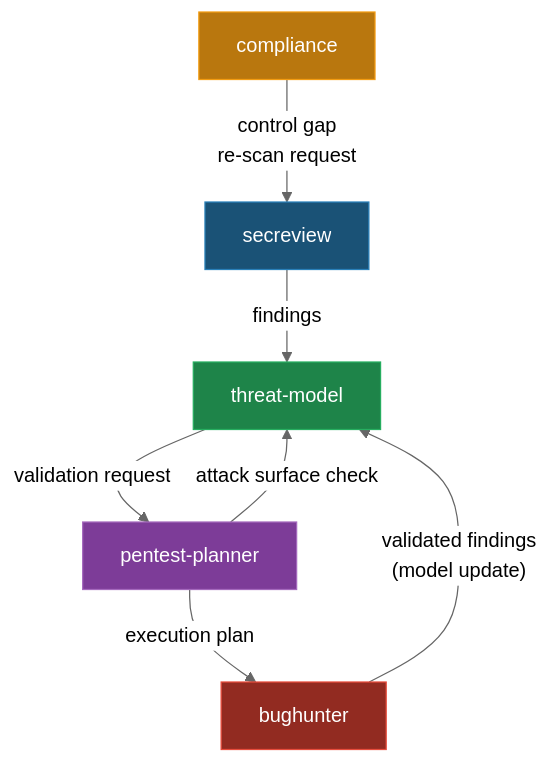
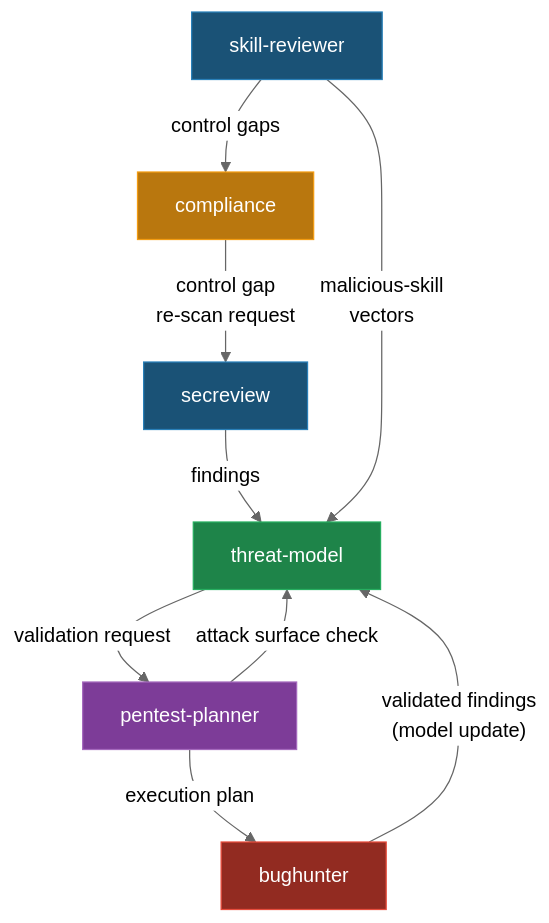
Before and after one commit to marcboggs/BMAD-AppSec-Orchestrator: the third of 5 diagrams in README.md, drawn with Mermaid (neutral theme). The commit also changed other lines of this file and 33 other files, not shown here.

Commit message:
Add skill reviewer agent Logging requests blocked by LLM

````diff
--- a/README.md
+++ b/README.md
@@ -111,15 +115,18 @@
 ```mermaid
 graph TD
     SR[secreview] -->|findings| TM[threat-model]
+    SKR[skill-reviewer] -->|"malicious-skill<br/>vectors"| TM
+    SKR -->|"control gaps"| CO[compliance]
     TM -->|validation request| PP[pentest-planner]
     PP -->|attack surface check| TM
     PP -->|execution plan| BH[bughunter]
     BH -->|"validated findings<br/>(model update)"| TM
-    CO[compliance] -->|"control gap<br/>re-scan request"| SR
+    CO -->|"control gap<br/>re-scan request"| SR
 
     style SR fill:#1a5276,stroke:#2980b9,color:#fff
+    style SKR fill:#1a5276,stroke:#2980b9,color:#fff
     style TM fill:#1e8449,stroke:#27ae60,color:#fff
     style PP fill:#7d3c98,stroke:#a569bd,color:#fff
     style BH fill:#922b21,stroke:#e74c3c,color:#fff
     style CO fill:#b9770e,stroke:#f39c12,color:#fff
 ```
````
